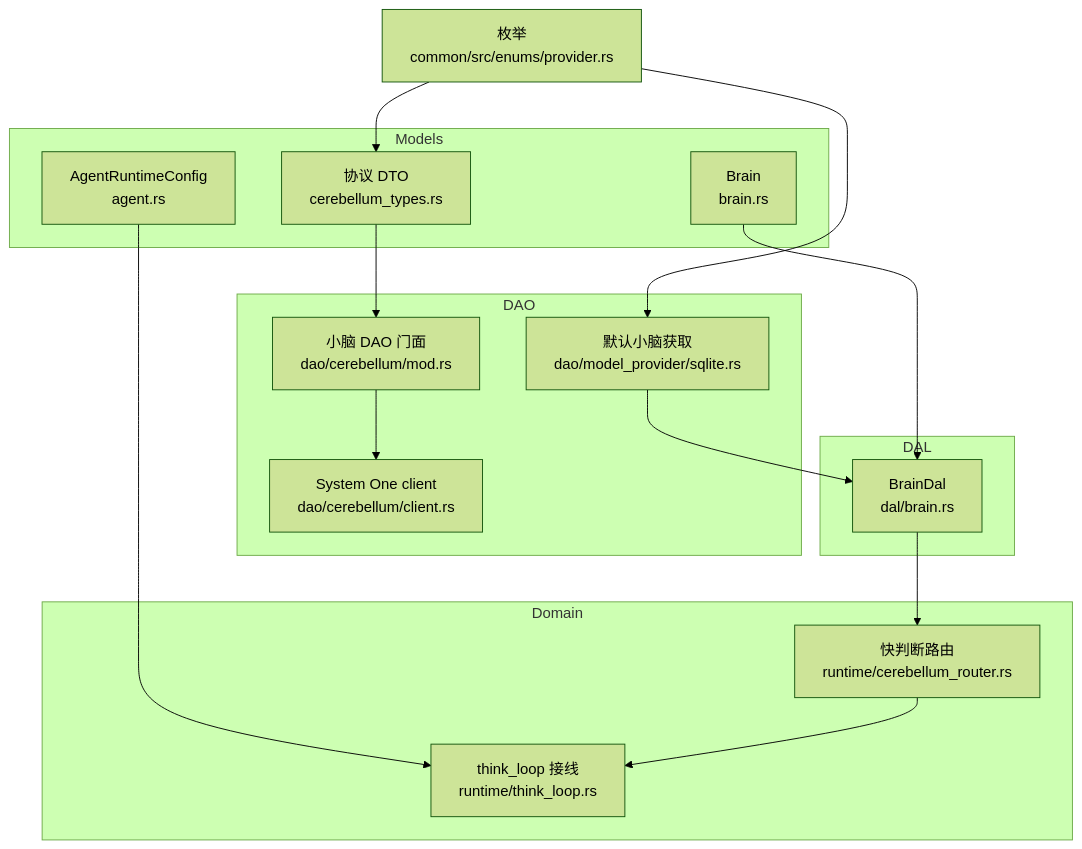
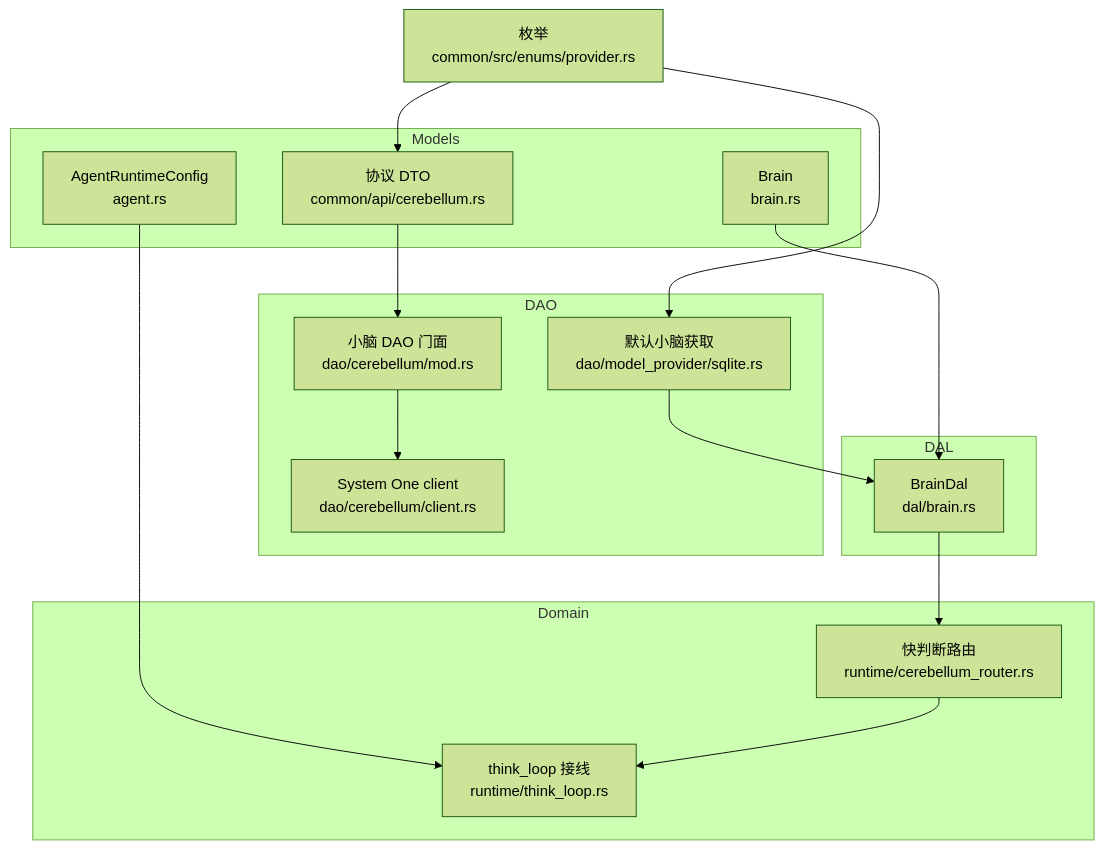
The first of 6 diagrams in docs/modules/02-Agent运行时/C-知识/小脑快判断（System One）.md (runningcoders/ai_orz), drawn with Mermaid (forest theme) before and after one commit. The commit also changed other lines of this file and 32 other files, not shown here.

````diff
--- a/docs/modules/02-Agent运行时/C-知识/小脑快判断（System One）.md
+++ b/docs/modules/02-Agent运行时/C-知识/小脑快判断（System One）.md
@@ -60,30 +62,30 @@
 ```mermaid
 graph TB
 subgraph "Models"
-CT["协议 DTO<br/>cerebellum_types.rs"]
+CT["协议 DTO<br/>common/api/cerebellum.rs"]
 BR["Brain<br/>brain.rs"]
 AG["AgentRuntimeConfig<br/>agent.rs"]
 end
 subgraph "DAO"
 CD["小脑 DAO 门面<br/>dao/cerebellum/mod.rs"]
 CC["System One client<br/>dao/cerebellum/client.rs"]
 MP["默认小脑获取<br/>dao/model_provider/sqlite.rs"]
 end
 subgraph "DAL"
 BD["BrainDal<br/>dal/brain.rs"]
 end
 subgraph "Domain"
 CR["快判断路由<br/>runtime/cerebellum_router.rs"]
 TL["think_loop 接线<br/>runtime/think_loop.rs"]
 end
 EN["枚举<br/>common/src/enums/provider.rs"]
 CT --> CD
 CD --> CC
 MP --> BD
 BR --> BD
 AG --> TL
 BD --> CR
 CR --> TL
 EN --> MP
 EN --> CT
 ```
````
